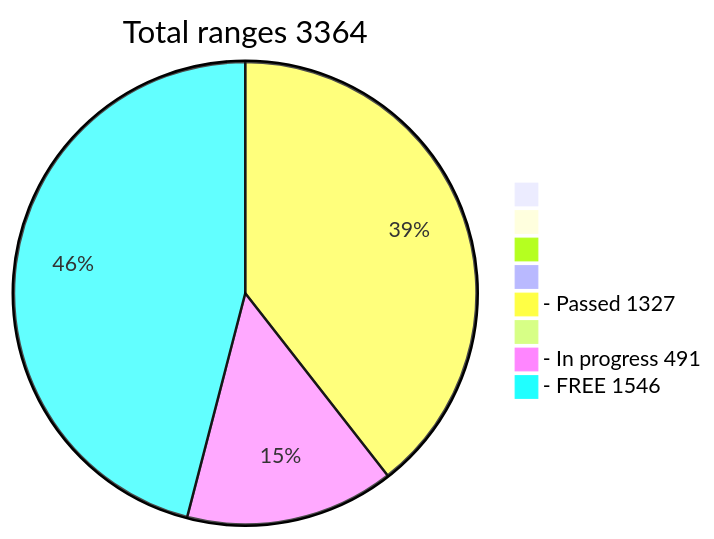
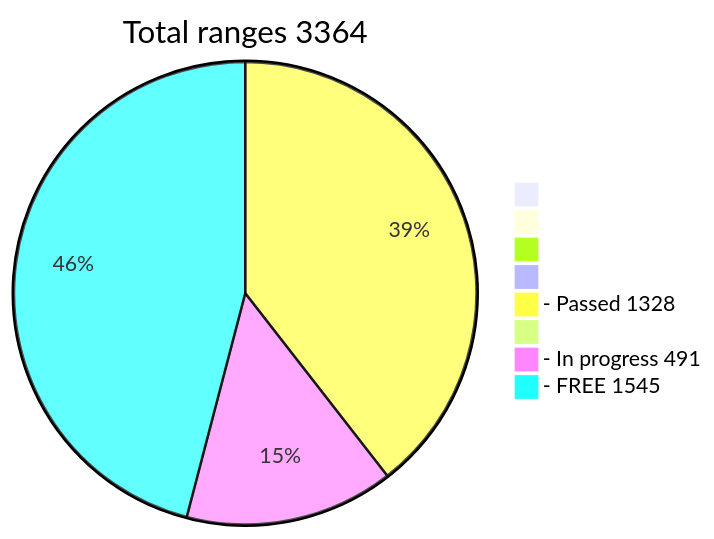
Before and after one commit to phrutis/wif500: the diagram in README.md, drawn with Mermaid.

````diff
--- a/README.md
+++ b/README.md
@@ -16,12 +16,12 @@
 ```mermaid
 pie title Total ranges 3364
              " " : 0
             "  " : 0
            "   " : 0
           "    " : 0
-  "- Passed 1327" : 1327
+  "- Passed 1328" : 1328
          "     " : 0
   "- In progress 491" : 491
-   "- FREE 1546" : 1546
+   "- FREE 1545" : 1545
    
 ```
````
